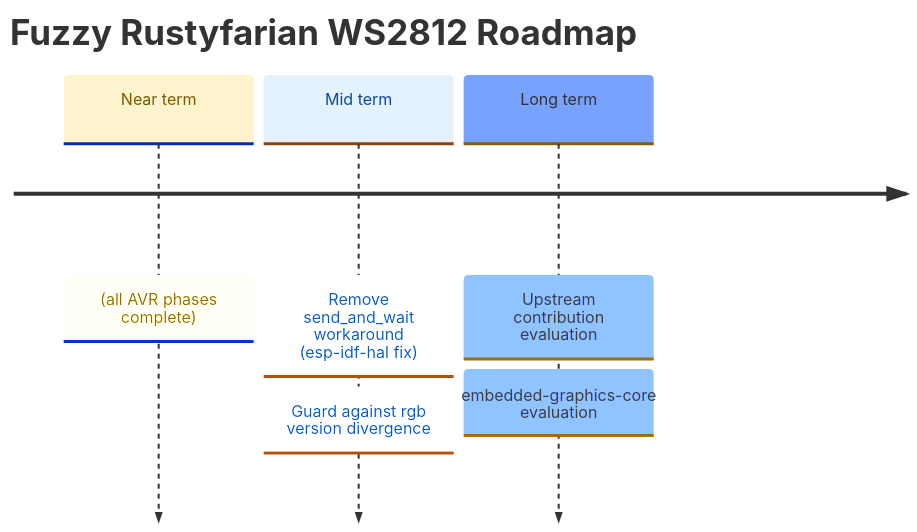
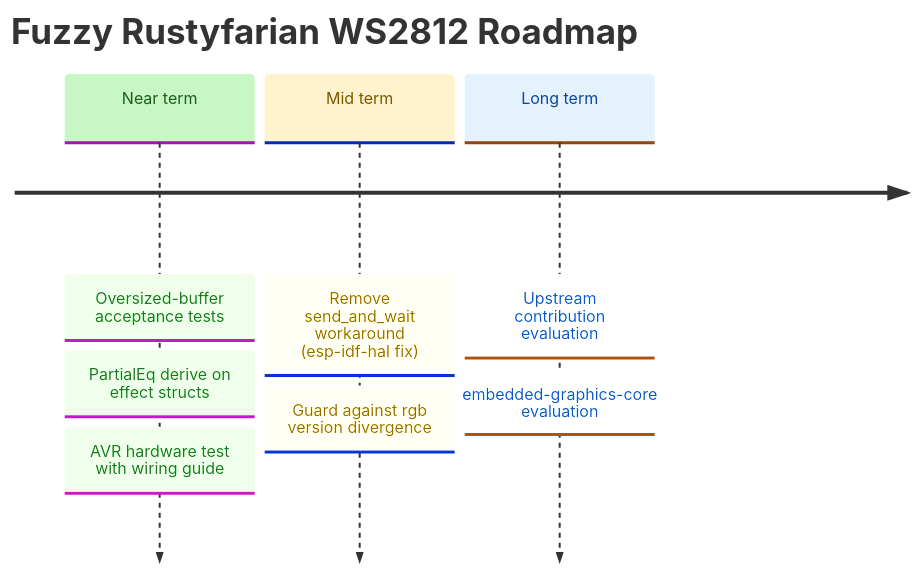
One commit to datenkollektiv/rustyfarian-ws2812 changed the diagram in docs/ROADMAP.md. Above: the diagram before and after it, drawn with Mermaid. The commit also changed other lines of this file, not shown here.

Commit message:
Update roadmap with AVR hardware testing and near-term focus areas

````diff
--- a/docs/ROADMAP.md
+++ b/docs/ROADMAP.md
@@ -9,22 +10,26 @@
 ```mermaid
 %%{init: {
   "theme": "base",
   "themeVariables": {
-    "cScale0": "#fff3cd",
-    "cScaleLabel0": "#7a5a00",
-    "cScale1": "#e3f2fd",
-    "cScaleLabel1": "#0d47a1"
+    "cScale0": "#c8f7c5",
+    "cScaleLabel0": "#1b5e20",
+    "cScale1": "#fff3cd",
+    "cScaleLabel1": "#7a5a00",
+    "cScale2": "#e3f2fd",
+    "cScaleLabel2": "#0d47a1"
   }
 }}%%
 
 timeline
     title Fuzzy Rustyfarian WS2812 Roadmap
 
-    Near term : (all AVR phases complete)
+    Near term : Oversized-buffer acceptance tests
+              : PartialEq derive on effect structs
+              : AVR hardware test with wiring guide
 
     Mid term  : Remove send_and_wait workaround (esp-idf-hal fix)
               : Guard against rgb version divergence
 
     Long term : Upstream contribution evaluation
               : embedded-graphics-core evaluation
 ```
````
